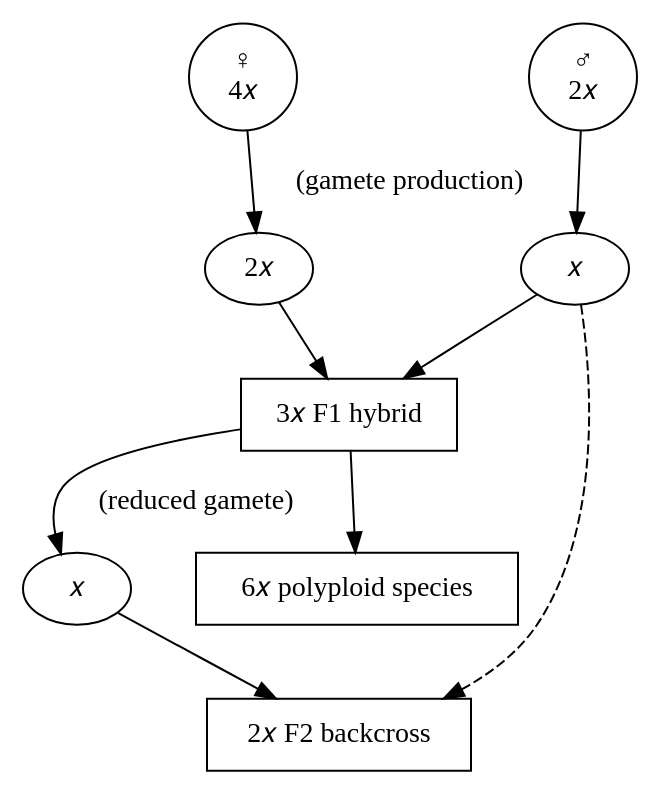
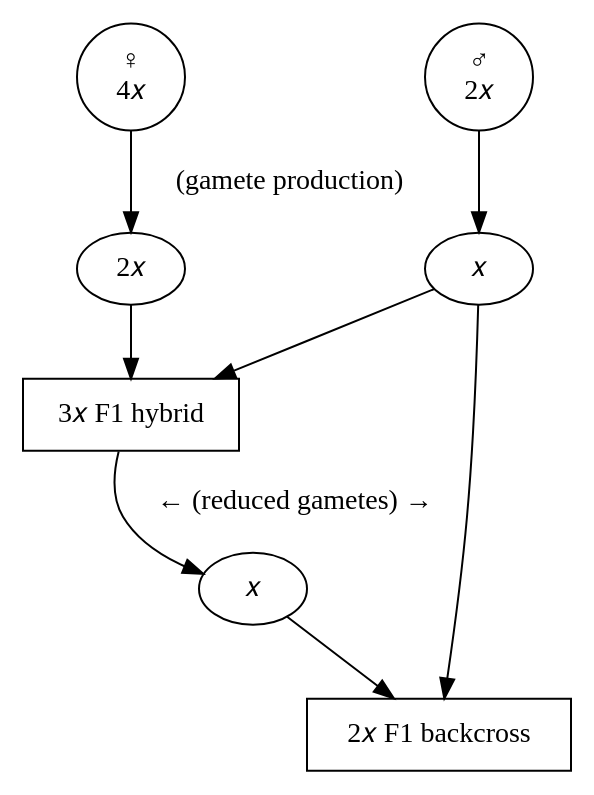
The diagram in figures/crosses/backcross_triploid1.dot (Euphrasiologist/cross_ploidy), drawn with Graphviz before and after one commit. The commit also changed 15 other files, not shown here.

```diff
--- a/figures/crosses/backcross_triploid1.dot
+++ b/figures/crosses/backcross_triploid1.dot
@@ -1,21 +1,21 @@
 digraph "Backcross triploid1" {
     // nodes
     maternal [ label = "♀\n4𝑥" class = "backcross_triploid_1 hexaploid backcross"]
     maternal_gamete [ label = "2𝑥" class = "backcross_triploid_1 hexaploid backcross" ]
     paternal [ label = "♂\n2𝑥" class = "backcross_triploid_1 hexaploid backcross" ]
     paternal_gamete [ label = "𝑥" class = "backcross_triploid_1 hexaploid backcross" ]
     hybrid_outcome_1 [ label =  "3𝑥 F1 hybrid" shape = "box" class = "backcross_triploid_1 hexaploid backcross" ]
     hybrid_outcome_1_gamete [ label = "𝑥" class = "backcross_triploid_1 backcross" ]
-    hybrid_outcome_2 [ label =  "6𝑥 polyploid species" shape = "box" class = "backcross_triploid_1 hexaploid onhover" ]
-    hybrid_outcome_3 [ label =  "2𝑥 F2 backcross" shape = "box" class = "backcross_triploid_1 backcross onhover" ]
+    // hybrid_outcome_2 [ label =  "6𝑥 polyploid species" shape = "box" class = "backcross_triploid_1 hexaploid onhover" ]
+    hybrid_outcome_3 [ label =  "2𝑥 F1 backcross" shape = "box" class = "backcross_triploid_1 backcross onhover" ]
 
     // edges
     maternal -> maternal_gamete [label="  (gamete production)" class = "backcross_triploid_1 hexaploid backcross" ]
     paternal -> paternal_gamete [ class = "backcross_triploid_1 hexaploid backcross" ]
     maternal_gamete -> hybrid_outcome_1 [ class = "backcross_triploid_1 hexaploid backcross" ]
     paternal_gamete -> hybrid_outcome_1 [ class = "backcross_triploid_1 hexaploid backcross" ]
-    hybrid_outcome_1 -> hybrid_outcome_2 [ class = "backcross_triploid_1 hexaploid" ]
-    hybrid_outcome_1 -> hybrid_outcome_1_gamete [ class = "backcross_triploid_1 backcross" label = " (reduced gamete)  "]
+    // hybrid_outcome_1 -> hybrid_outcome_2 [ class = "backcross_triploid_1 hexaploid" ]
+    hybrid_outcome_1 -> hybrid_outcome_1_gamete [ class = "backcross_triploid_1 backcross" label = "← (reduced gametes) → "]
     hybrid_outcome_1_gamete -> hybrid_outcome_3 [ class = "backcross_triploid_1 backcross" ]
-    paternal_gamete -> hybrid_outcome_3 [ class = "backcross_triploid_1 backcross" style="dashed" ]
+    paternal_gamete -> hybrid_outcome_3 [ class = "backcross_triploid_1 backcross" ]
 }
```
